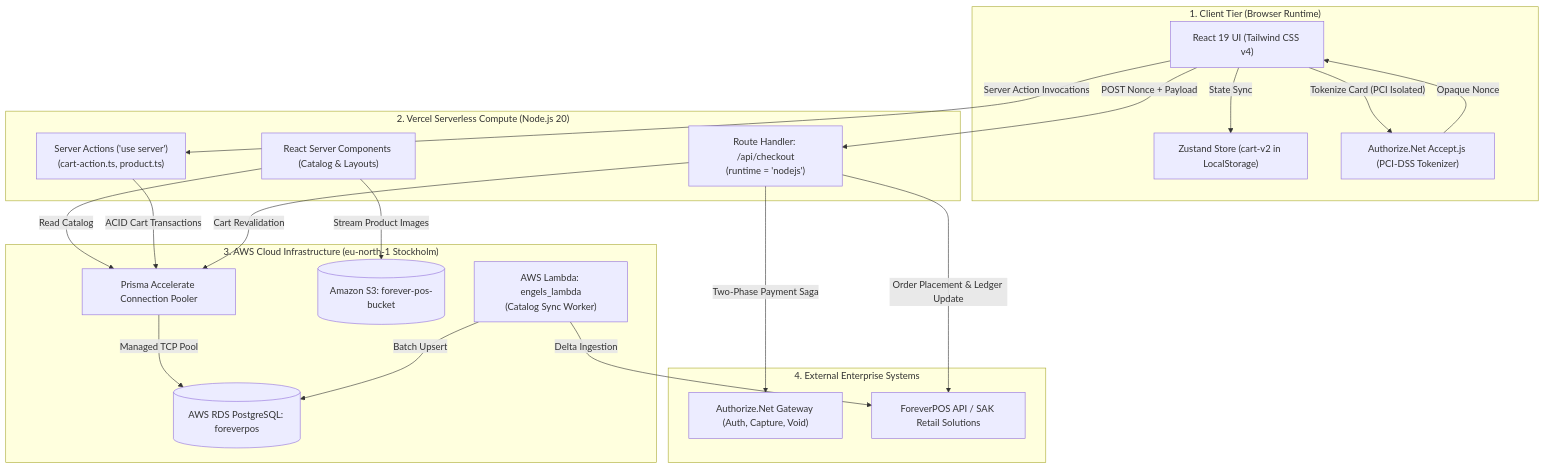
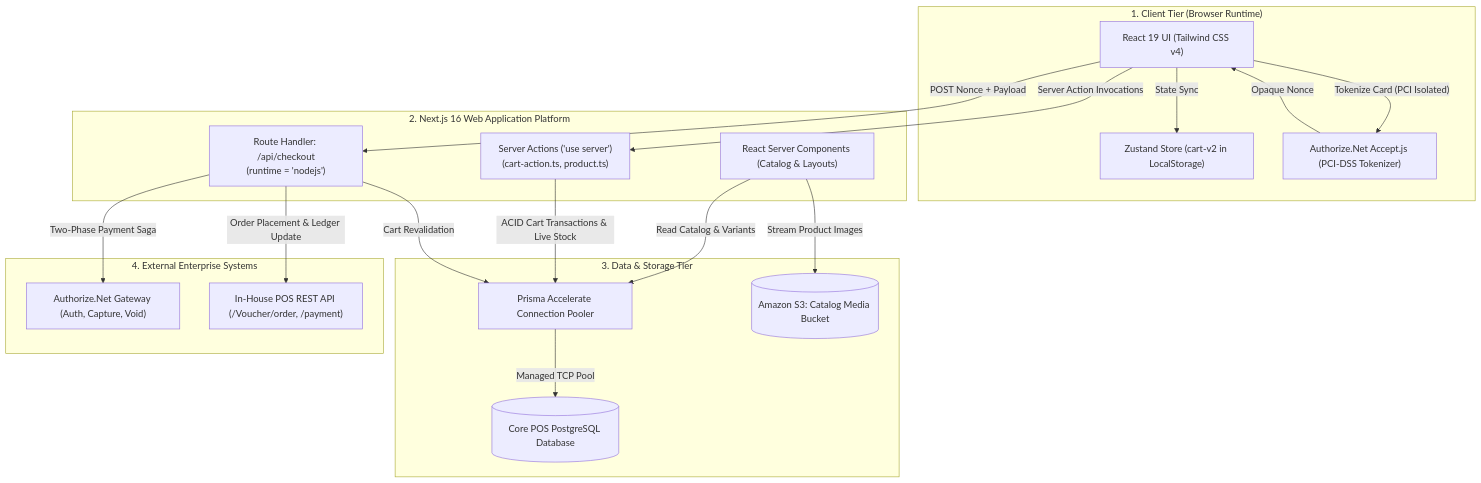
The first of 2 diagrams in docs/architecture.md (Nawaz393/omnichannel-ecommerce-platform-architecture), drawn with Mermaid before and after one commit. The commit also changed other lines of this file and 17 other files, not shown here.

Commit message:
refactor: generalize proprietary names, eliminate lambda, and document direct POS DB/API architecture

````diff
--- a/docs/architecture.md
+++ b/docs/architecture.md
@@ -18,44 +18,40 @@
 ```mermaid
 flowchart TB
     subgraph ClientTier ["1. Client Tier (Browser Runtime)"]
         UI["React 19 UI (Tailwind CSS v4)"]
         Zustand["Zustand Store (cart-v2 in LocalStorage)"]
         AcceptJS["Authorize.Net Accept.js (PCI-DSS Tokenizer)"]
     end
 
-    subgraph VercelEdge ["2. Vercel Serverless Compute (Node.js 20)"]
+    subgraph AppTier ["2. Next.js 16 Web Application Platform"]
         RSC["React Server Components (Catalog & Layouts)"]
         ServerAction["Server Actions ('use server')<br/>(cart-action.ts, product.ts)"]
         RouteHandler["Route Handler: /api/checkout<br/>(runtime = 'nodejs')"]
     end
 
-    subgraph AWSCloud ["3. AWS Cloud Infrastructure (eu-north-1 Stockholm)"]
+    subgraph DataTier ["3. Data & Storage Tier"]
         Accelerate["Prisma Accelerate Connection Pooler"]
-        RDS[("AWS RDS PostgreSQL: foreverpos")]
-        S3[("Amazon S3: forever-pos-bucket")]
-        LambdaSync["AWS Lambda: engels_lambda<br/>(Catalog Sync Worker)"]
+        POS_DB[("Core POS PostgreSQL Database")]
+        S3[("Amazon S3: Catalog Media Bucket")]
     end
 
     subgraph ExternalGateways ["4. External Enterprise Systems"]
         AuthNetGateway["Authorize.Net Gateway (Auth, Capture, Void)"]
-        POSApi["ForeverPOS API / SAK Retail Solutions"]
+        POSApi["In-House POS REST API (/Voucher/order, /payment)"]
     end
 
     UI -->|"State Sync"| Zustand
     UI -->|"Tokenize Card (PCI Isolated)"| AcceptJS
     AcceptJS -->|"Opaque Nonce"| UI
     UI -->|"Server Action Invocations"| ServerAction
     UI -->|"POST Nonce + Payload"| RouteHandler
 
-    RSC -->|"Read Catalog"| Accelerate
-    ServerAction -->|"ACID Cart Transactions"| Accelerate
+    RSC -->|"Read Catalog & Variants"| Accelerate
+    ServerAction -->|"ACID Cart Transactions & Live Stock"| Accelerate
     RouteHandler -->|"Cart Revalidation"| Accelerate
-    Accelerate -->|"Managed TCP Pool"| RDS
+    Accelerate -->|"Managed TCP Pool"| POS_DB
 
     RouteHandler -->|"Two-Phase Payment Saga"| AuthNetGateway
     RouteHandler -->|"Order Placement & Ledger Update"| POSApi
-
-    LambdaSync -->|"Delta Ingestion"| POSApi
-    LambdaSync -->|"Batch Upsert"| RDS
     RSC -->|"Stream Product Images"| S3
 ```
````
